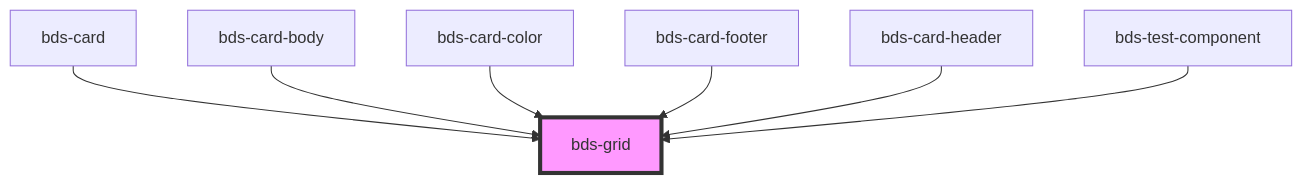
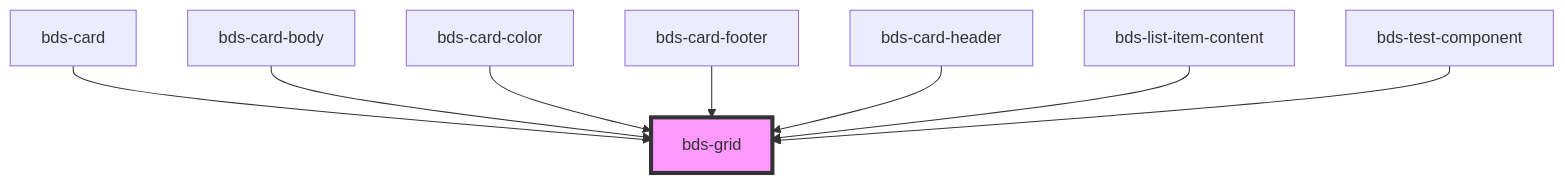
The diagram in src/components/grid/readme.md (takenet/blip-ds), drawn with Mermaid before and after one commit. The commit also changed other lines of this file and 3 other files, not shown here.

````diff
--- a/src/components/grid/readme.md
+++ b/src/components/grid/readme.md
@@ -48,10 +49,11 @@
 ```mermaid
 graph TD;
   bds-card --> bds-grid
   bds-card-body --> bds-grid
   bds-card-color --> bds-grid
   bds-card-footer --> bds-grid
   bds-card-header --> bds-grid
+  bds-list-item-content --> bds-grid
   bds-test-component --> bds-grid
   style bds-grid fill:#f9f,stroke:#333,stroke-width:4px
 ```
````
